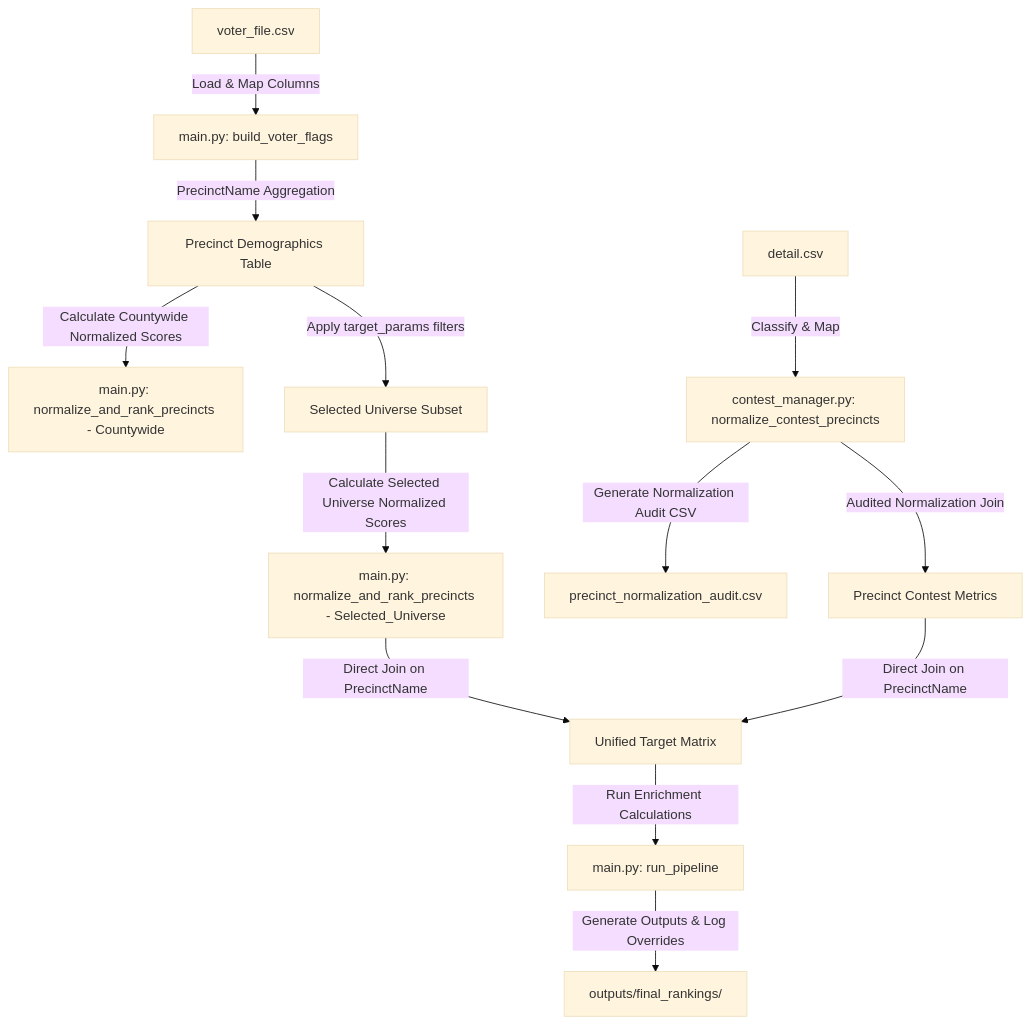
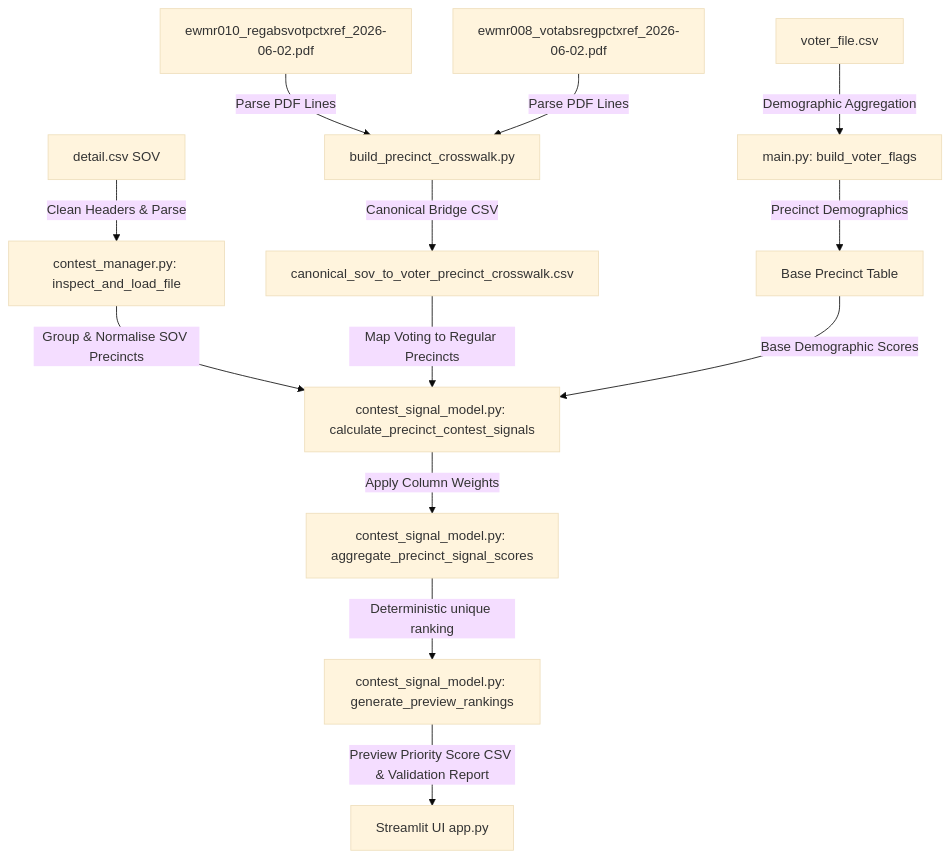
The diagram in docs/technical_map.md (mattcallaway/priority_precinct_generator_beta), drawn with Mermaid (base theme) before and after one commit. The commit also changed other lines of this file and 12 other files, not shown here.

Commit message:
Harden Contest Signal Manager calculations, weights, and crosswalk matching; add comprehensive verification tests; update architectural blueprints and memory palace logs

````diff
--- a/docs/technical_map.md
+++ b/docs/technical_map.md
@@ -9,20 +9,22 @@
 ```mermaid
 graph TD
-    V[voter_file.csv] -->|Load & Map Columns| M[main.py: build_voter_flags]
-    M -->|PrecinctName Aggregation| A[Precinct Demographics Table]
+    %% Base Files
+    V[voter_file.csv] -->|Demographic Aggregation| M[main.py: build_voter_flags]
+    M -->|Precinct Demographics| B[Base Precinct Table]
     
-    A -->|Calculate Countywide Normalized Scores| CS[main.py: normalize_and_rank_precincts - Countywide]
+    %% SOV & Crosswalk
+    S[detail.csv SOV] -->|Clean Headers & Parse| CM[contest_manager.py: inspect_and_load_file]
+    PDF_REG[ewmr010_regabsvotpctxref_2026-06-02.pdf] -->|Parse PDF Lines| CW[build_precinct_crosswalk.py]
+    PDF_VOT[ewmr008_votabsregpctxref_2026-06-02.pdf] -->|Parse PDF Lines| CW
+    CW -->|Canonical Bridge CSV| Bridge[canonical_sov_to_voter_precinct_crosswalk.csv]
     
-    A -->|Apply target_params filters| U[Selected Universe Subset]
-    U -->|Calculate Selected Universe Normalized Scores| US[main.py: normalize_and_rank_precincts - Selected_Universe]
+    %% Signal Extraction & Blending
+    CM -->|Group & Normalise SOV Precincts| CSM[contest_signal_model.py: calculate_precinct_contest_signals]
+    Bridge -->|Map Voting to Regular Precincts| CSM
+    B -->|Base Demographic Scores| CSM
     
-    C[detail.csv] -->|Classify & Map| CM[contest_manager.py: normalize_contest_precincts]
-    CM -->|Generate Normalization Audit CSV| AUD[precinct_normalization_audit.csv]
-    
-    US -->|Direct Join on PrecinctName| J[Unified Target Matrix]
-    CM -->|Audited Normalization Join| E[Precinct Contest Metrics]
-    E -->|Direct Join on PrecinctName| J
-    
-    J -->|Run Enrichment Calculations| S[main.py: run_pipeline]
-    S -->|Generate Outputs & Log Overrides| F[outputs/final_rankings/]
+    %% Final Aggregates
+    CSM -->|Apply Column Weights| AGG[contest_signal_model.py: aggregate_precinct_signal_scores]
+    AGG -->|Deterministic unique ranking| PR[contest_signal_model.py: generate_preview_rankings]
+    PR -->|Preview Priority Score CSV & Validation Report| UI[Streamlit UI app.py]
 ```
````
